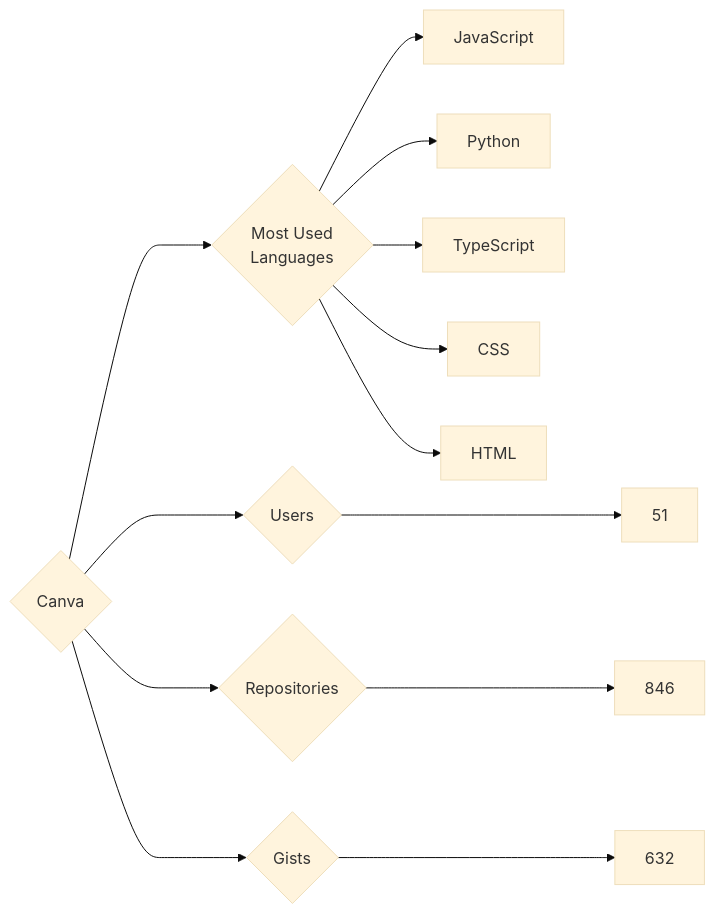
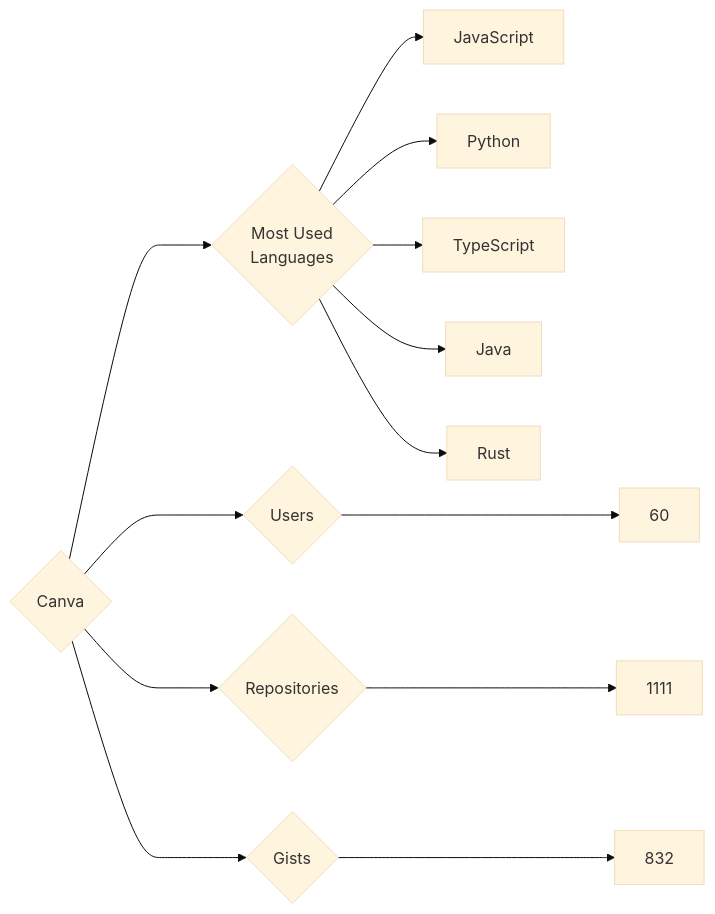
The diagram in targets/Canva/README.md (trickest/insiders), drawn with Mermaid (base theme) before and after one commit. The commit also changed 823 other files, not shown here.

````diff
--- a/targets/Canva/README.md
+++ b/targets/Canva/README.md
@@ -3,13 +3,13 @@
 ```mermaid
 graph LR
 COMPANY_NAME{Canva}
-COMPANY_NAME ---> U{Users} ---> UN[51]
-COMPANY_NAME ---> R{Repositories} ---> RN[846]
-COMPANY_NAME ---> G{Gists} ---> GN[632]
+COMPANY_NAME ---> U{Users} ---> UN[60]
+COMPANY_NAME ---> R{Repositories} ---> RN[1111]
+COMPANY_NAME ---> G{Gists} ---> GN[832]
 COMPANY_NAME ---> ML{Most Used<br>Languages}
 ML --> JavaScript[JavaScript]
 ML --> Python[Python]
 ML --> TypeScript[TypeScript]
-ML --> CSS[CSS]
-ML --> HTML[HTML]
+ML --> Java[Java]
+ML --> Rust[Rust]
 ```
````
